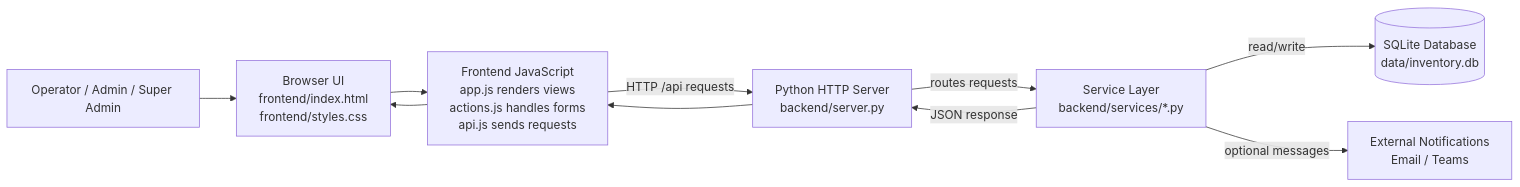
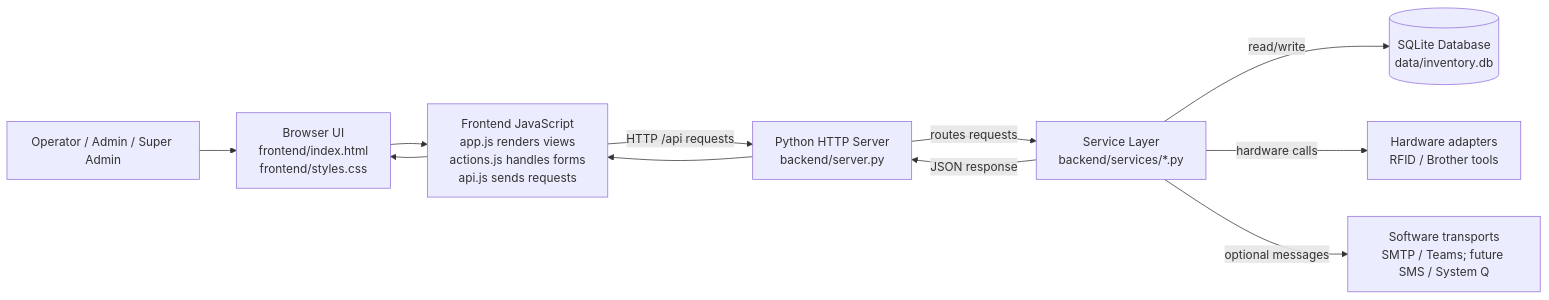
Before and after one commit to SamuelMeyer1/loan_inventory_system: the first of 4 diagrams in docs/system-map.md, drawn with Mermaid. The commit also changed other lines of this file and 60 other files, not shown here.

````diff
--- a/docs/system-map.md
+++ b/docs/system-map.md
@@ -9,20 +9,22 @@
 ```mermaid
 flowchart LR
     user[Operator / Admin / Super Admin]
     browser[Browser UI\nfrontend/index.html\nfrontend/styles.css]
     js[Frontend JavaScript\napp.js renders views\nactions.js handles forms\napi.js sends requests]
     server[Python HTTP Server\nbackend/server.py]
     services[Service Layer\nbackend/services/*.py]
     db[(SQLite Database\ndata/inventory.db)]
-    external[External Notifications\nEmail / Teams]
+    hardware[Hardware adapters\nRFID / Brother tools]
+    software[Software transports\nSMTP / Teams; future SMS / System Q]
 
     user --> browser
     browser --> js
     js -->|HTTP /api requests| server
     server -->|routes requests| services
     services -->|read/write| db
-    services -->|optional messages| external
+    services -->|hardware calls| hardware
+    services -->|optional messages| software
     services -->|JSON response| server
     server --> js
     js --> browser
 ```
````
